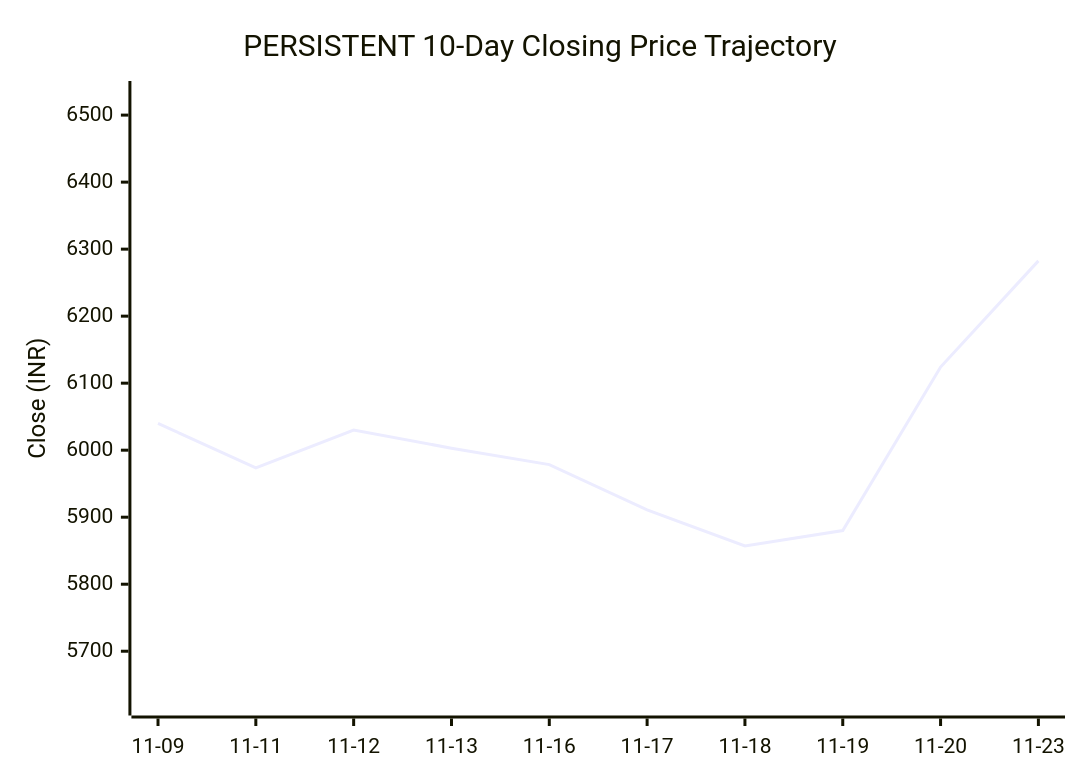
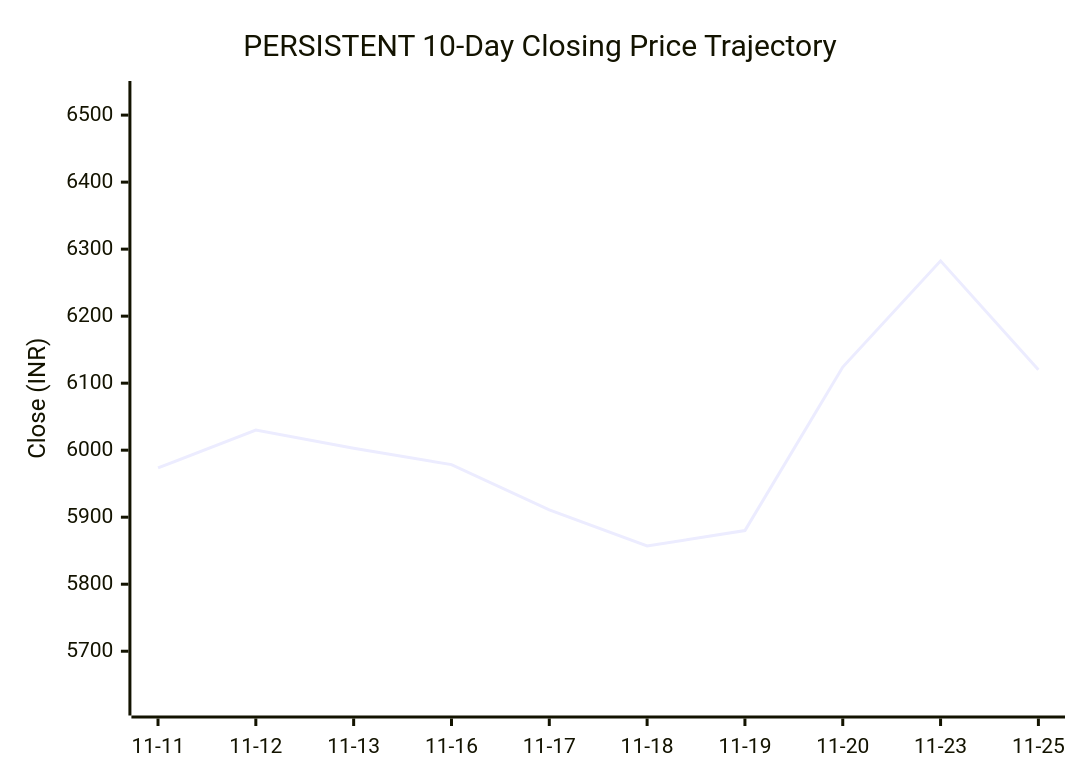
Before and after one commit to purnareddy9/dev: the second of 3 diagrams in market-intelligence/stocks/PERSISTENT/latest.md, drawn with Mermaid. The commit also changed other lines of this file and 4 other files, not shown here.

````diff
--- a/market-intelligence/stocks/PERSISTENT/latest.md
+++ b/market-intelligence/stocks/PERSISTENT/latest.md
@@ -95,7 +95,7 @@
 ```mermaid
 xychart-beta
     title "PERSISTENT 10-Day Closing Price Trajectory"
-    x-axis ["11-09", "11-11", "11-12", "11-13", "11-16", "11-17", "11-18", "11-19", "11-20", "11-23"]
+    x-axis ["11-11", "11-12", "11-13", "11-16", "11-17", "11-18", "11-19", "11-20", "11-23", "11-25"]
     y-axis "Close (INR)" 5622 --> 6533
-    line [6040.0, 5973.5, 6030.0, 6003.0, 5978.5, 5911.0, 5857.0, 5880.0, 6124.0, 6282.5]
+    line [5973.5, 6030.0, 6003.0, 5978.5, 5911.0, 5857.0, 5880.0, 6124.0, 6282.5, 6120.0]
 ```
````
